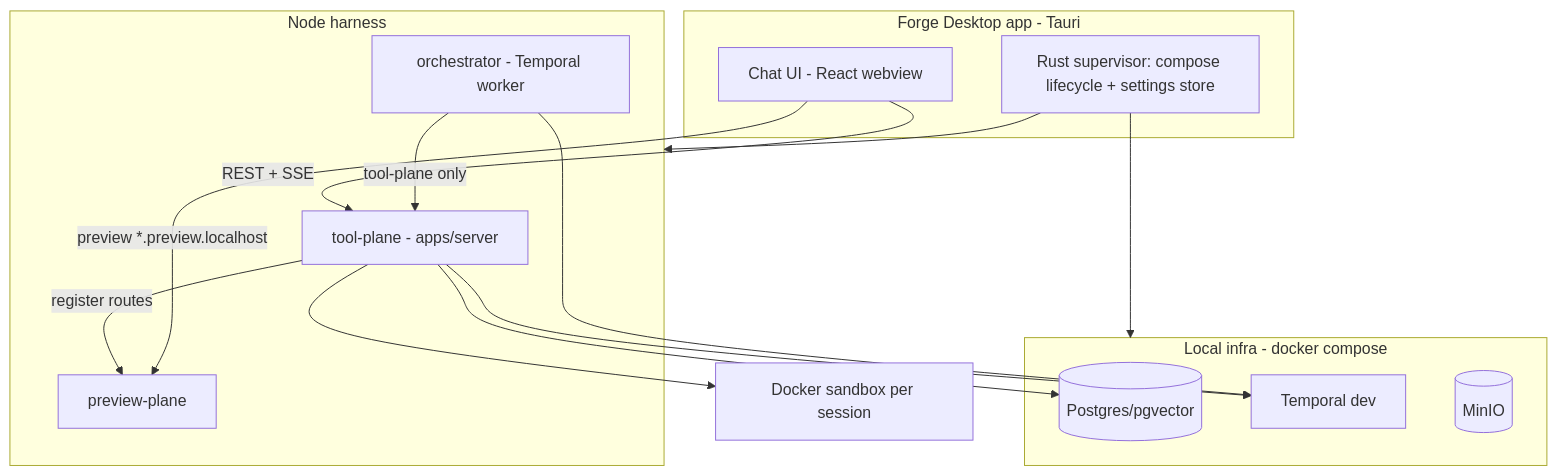
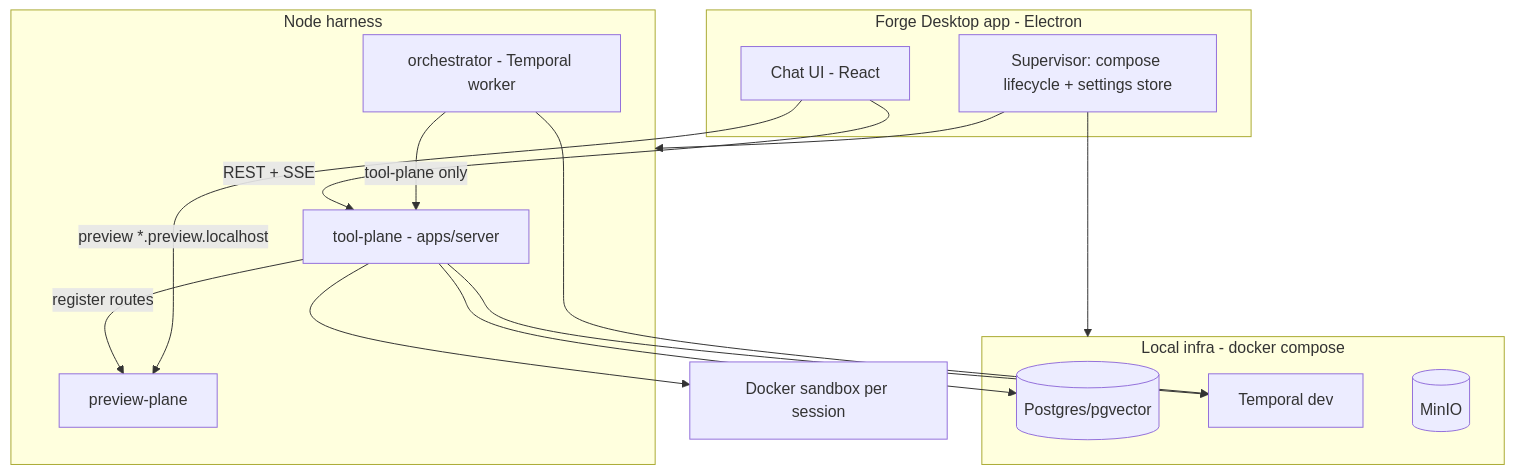
The diagram in docs/rfcs/0001-harness-extraction.md (iamsandeepkumarofficial/forge), drawn with Mermaid before and after one commit. The commit also changed other lines of this file and 81 other files, not shown here.

First line of the commit message:
Replace the Tauri desktop shell with Electron.

````diff
--- a/docs/rfcs/0001-harness-extraction.md
+++ b/docs/rfcs/0001-harness-extraction.md
@@ -44,28 +44,28 @@
 ```mermaid
 flowchart TB
-  subgraph desktop [Forge Desktop app - Tauri]
-    ui[Chat UI - React webview]
-    supervisor[Rust supervisor: compose lifecycle + settings store]
+  subgraph desktop [Forge Desktop app - Electron]
+    ui[Chat UI - React]
+    supervisor[Supervisor: compose lifecycle + settings store]
   end
   subgraph infra [Local infra - docker compose]
     pg[(Postgres/pgvector)]
     temporal[Temporal dev]
     minio[(MinIO)]
   end
   subgraph harness [Node harness]
     server[tool-plane - apps/server]
     orch[orchestrator - Temporal worker]
     preview[preview-plane]
   end
   sandbox[Docker sandbox per session]
   ui -->|REST + SSE| server
   supervisor --> infra
   supervisor --> harness
   server --> pg
   server --> temporal
   orch --> temporal
   orch -->|tool-plane only| server
   server --> sandbox
   server -->|register routes| preview
   ui -->|preview *.preview.localhost| preview
 ```
````
